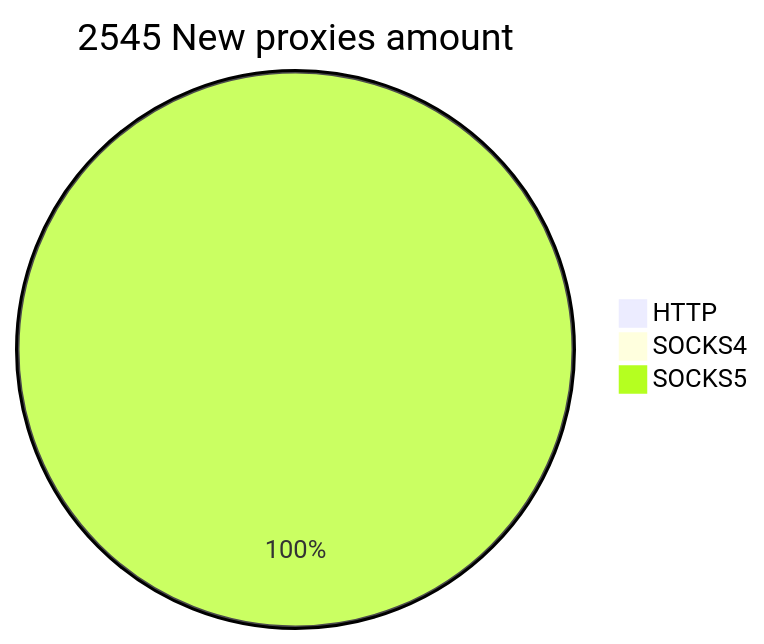
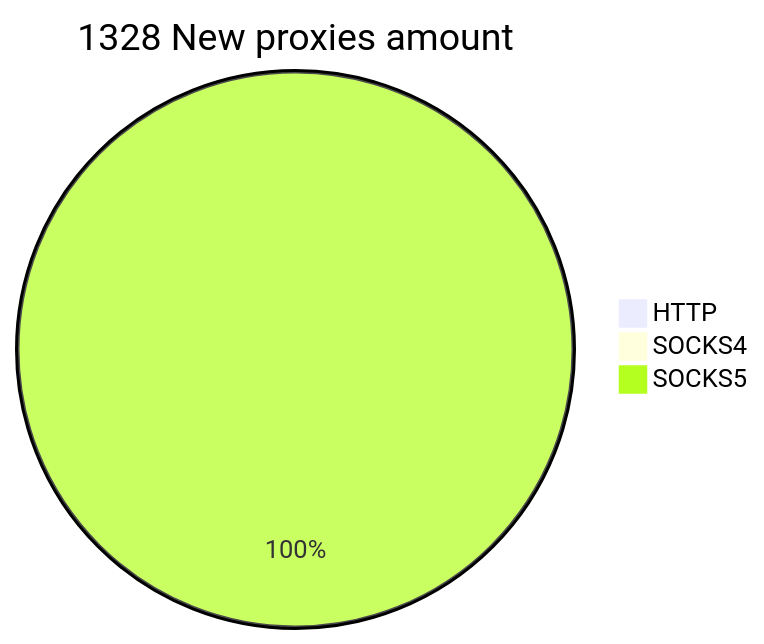
Before and after one commit to cutipu/proxylist: the second of 2 diagrams in README.md, drawn with Mermaid. The commit also changed other lines of this file, not shown here.

````diff
--- a/README.md
+++ b/README.md
@@ -10,6 +10,6 @@
 ```mermaid
-pie title 2545 New proxies amount
-    "HTTP" : 3
+pie title 1328 New proxies amount
+    "HTTP" : 0
     "SOCKS4" : 0
-    "SOCKS5" : 2542
+    "SOCKS5" : 1328
 ```
````
